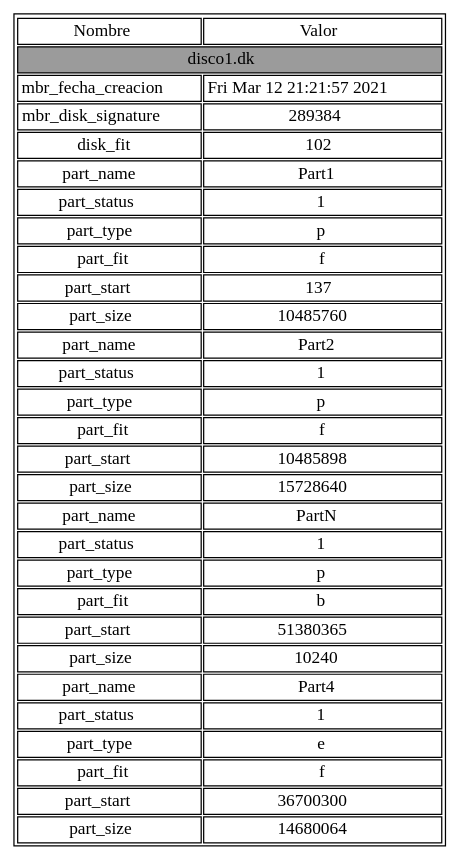
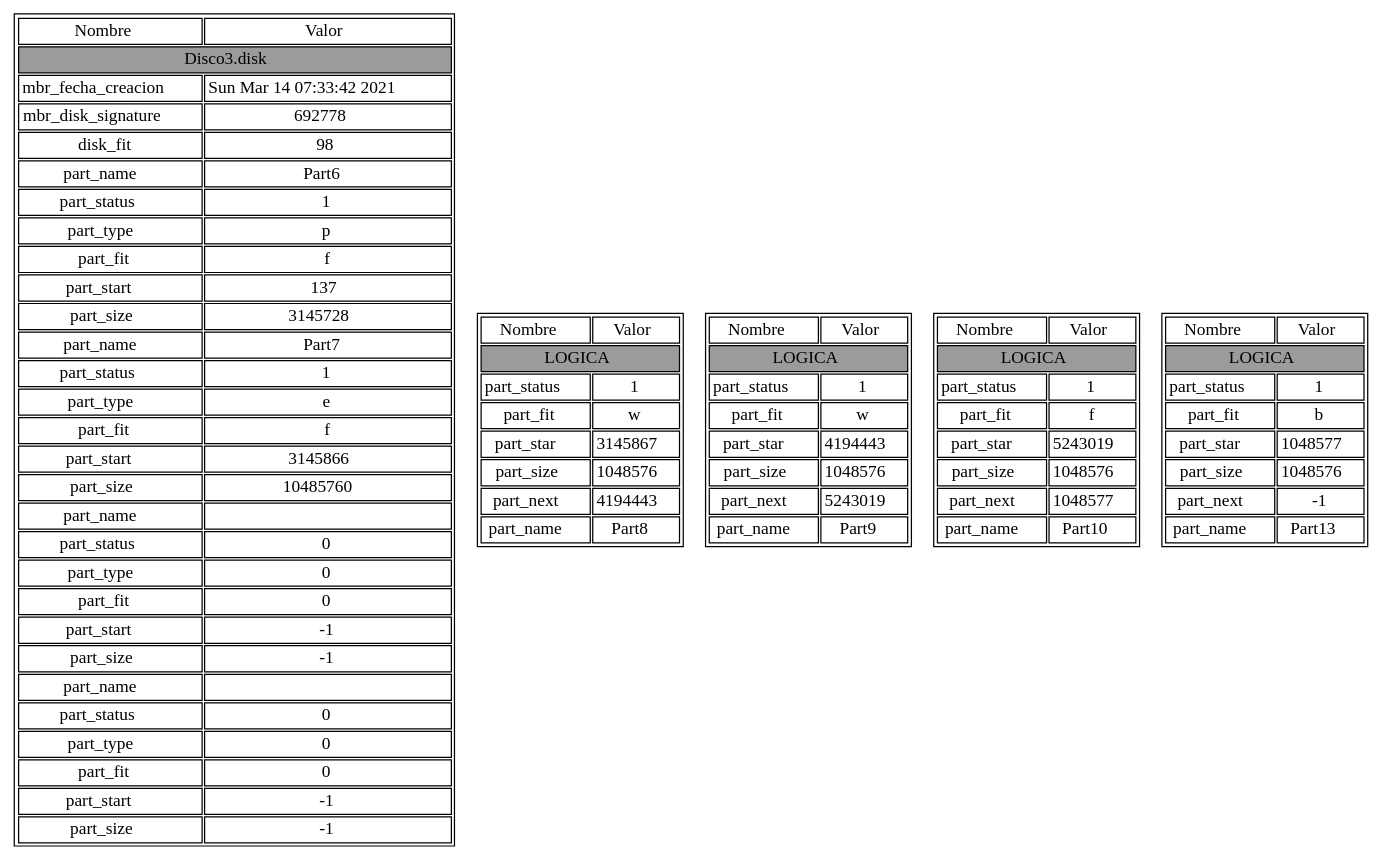
The diagram in resultados/mbr.dot (av-edson/-MIA-Proyecto1_201902302), drawn with Graphviz before and after one commit. The commit also changed 33 other files, not shown here.

```diff
--- a/resultados/mbr.dot
+++ b/resultados/mbr.dot
@@ -1,34 +1,74 @@
 digraph D{node [ shape=none, margin=0 ]
 nuevo [label=<<TABLE  BORDER="1" CELLBORDER="1">
 <tr><td>Nombre</td><td>Valor</td></tr>
-<tr><td colspan="2" BGCOLOR="#9b9b9b">disco1.dk</td></tr>
-<tr><td>mbr_fecha_creacion</td><td>Fri Mar 12 21:21:57 2021
+<tr><td colspan="2" BGCOLOR="#9b9b9b">Disco3.disk</td></tr>
+<tr><td>mbr_fecha_creacion</td><td>Sun Mar 14 07:33:42 2021
 </td></tr>
-<tr><td>mbr_disk_signature</td><td>289384</td></tr>
-<tr><td>disk_fit</td><td>102</td></tr>
-<tr><td>part_name</td><td>Part1</td></tr>
+<tr><td>mbr_disk_signature</td><td>692778</td></tr>
+<tr><td>disk_fit</td><td>98</td></tr>
+<tr><td>part_name</td><td>Part6</td></tr>
 <tr><td>part_status</td><td>1</td></tr>
 <tr><td>part_type</td><td>p</td></tr>
 <tr><td>part_fit</td><td>f</td></tr>
 <tr><td>part_start</td><td>137</td></tr>
-<tr><td>part_size</td><td>10485760</td></tr>
-<tr><td>part_name</td><td>Part2</td></tr>
-<tr><td>part_status</td><td>1</td></tr>
-<tr><td>part_type</td><td>p</td></tr>
-<tr><td>part_fit</td><td>f</td></tr>
-<tr><td>part_start</td><td>10485898</td></tr>
-<tr><td>part_size</td><td>15728640</td></tr>
-<tr><td>part_name</td><td>PartN</td></tr>
-<tr><td>part_status</td><td>1</td></tr>
-<tr><td>part_type</td><td>p</td></tr>
-<tr><td>part_fit</td><td>b</td></tr>
-<tr><td>part_start</td><td>51380365</td></tr>
-<tr><td>part_size</td><td>10240</td></tr>
-<tr><td>part_name</td><td>Part4</td></tr>
+<tr><td>part_size</td><td>3145728</td></tr>
+<tr><td>part_name</td><td>Part7</td></tr>
 <tr><td>part_status</td><td>1</td></tr>
 <tr><td>part_type</td><td>e</td></tr>
 <tr><td>part_fit</td><td>f</td></tr>
-<tr><td>part_start</td><td>36700300</td></tr>
-<tr><td>part_size</td><td>14680064</td></tr>
+<tr><td>part_start</td><td>3145866</td></tr>
+<tr><td>part_size</td><td>10485760</td></tr>
+<tr><td>part_name</td><td></td></tr>
+<tr><td>part_status</td><td>0</td></tr>
+<tr><td>part_type</td><td>0</td></tr>
+<tr><td>part_fit</td><td>0</td></tr>
+<tr><td>part_start</td><td>-1</td></tr>
+<tr><td>part_size</td><td>-1</td></tr>
+<tr><td>part_name</td><td></td></tr>
+<tr><td>part_status</td><td>0</td></tr>
+<tr><td>part_type</td><td>0</td></tr>
+<tr><td>part_fit</td><td>0</td></tr>
+<tr><td>part_start</td><td>-1</td></tr>
+<tr><td>part_size</td><td>-1</td></tr>
+</TABLE>>]
+Part8 [label=<<TABLE  BORDER="1" CELLBORDER="1">
+<tr><td>Nombre</td><td>Valor</td></tr>
+<tr><td colspan="2" BGCOLOR="#9b9b9b">LOGICA</td></tr>
+<tr><td>part_status</td><td>1</td></tr>
+<tr><td>part_fit</td><td>w</td></tr>
+<tr><td>part_star</td><td>3145867</td></tr>
+<tr><td>part_size</td><td>1048576</td></tr>
+<tr><td>part_next</td><td>4194443</td></tr>
+<tr><td>part_name</td><td>Part8</td></tr>
+</TABLE>>]
+Part9 [label=<<TABLE  BORDER="1" CELLBORDER="1">
+<tr><td>Nombre</td><td>Valor</td></tr>
+<tr><td colspan="2" BGCOLOR="#9b9b9b">LOGICA</td></tr>
+<tr><td>part_status</td><td>1</td></tr>
+<tr><td>part_fit</td><td>w</td></tr>
+<tr><td>part_star</td><td>4194443</td></tr>
+<tr><td>part_size</td><td>1048576</td></tr>
+<tr><td>part_next</td><td>5243019</td></tr>
+<tr><td>part_name</td><td>Part9</td></tr>
+</TABLE>>]
+Part10 [label=<<TABLE  BORDER="1" CELLBORDER="1">
+<tr><td>Nombre</td><td>Valor</td></tr>
+<tr><td colspan="2" BGCOLOR="#9b9b9b">LOGICA</td></tr>
+<tr><td>part_status</td><td>1</td></tr>
+<tr><td>part_fit</td><td>f</td></tr>
+<tr><td>part_star</td><td>5243019</td></tr>
+<tr><td>part_size</td><td>1048576</td></tr>
+<tr><td>part_next</td><td>1048577</td></tr>
+<tr><td>part_name</td><td>Part10</td></tr>
+</TABLE>>]
+Part13 [label=<<TABLE  BORDER="1" CELLBORDER="1">
+<tr><td>Nombre</td><td>Valor</td></tr>
+<tr><td colspan="2" BGCOLOR="#9b9b9b">LOGICA</td></tr>
+<tr><td>part_status</td><td>1</td></tr>
+<tr><td>part_fit</td><td>b</td></tr>
+<tr><td>part_star</td><td>1048577</td></tr>
+<tr><td>part_size</td><td>1048576</td></tr>
+<tr><td>part_next</td><td>-1</td></tr>
+<tr><td>part_name</td><td>Part13</td></tr>
 </TABLE>>]
 }
```
